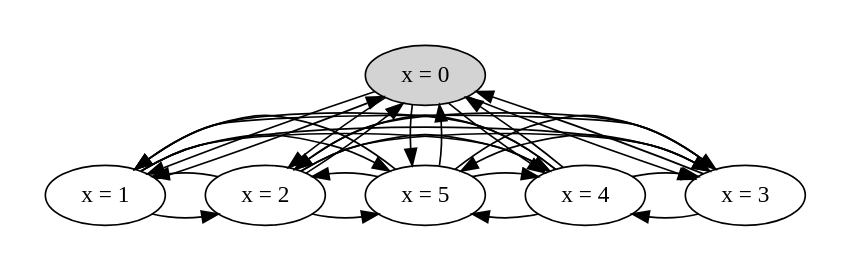
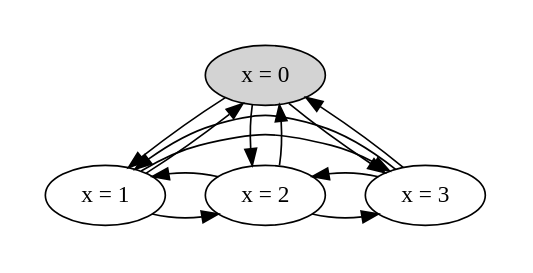
Before and after one commit to will62794/tla-web: the diagram in specs/with_state_graphs/simple7.tla.dot, drawn with Graphviz. The commit also changed 20 other files, not shown here.

```diff
--- a/specs/with_state_graphs/simple7.tla.dot
+++ b/specs/with_state_graphs/simple7.tla.dot
@@ -1,44 +1,24 @@
 strict digraph DiskGraph {
 nodesep=0.35;
 subgraph cluster_graph {
 color="white";
 8132692779957249086 [label="x = 0",style = filled]
 8132692779957249086 -> -6230161439325923452 [label="",color="black",fontcolor="black"];
 -6230161439325923452 [label="x = 1"];
 8132692779957249086 -> -5039642576729477619 [label="",color="black",fontcolor="black"];
 -5039642576729477619 [label="x = 2"];
 8132692779957249086 -> 7158667421841284535 [label="",color="black",fontcolor="black"];
 7158667421841284535 [label="x = 3"];
-8132692779957249086 -> -7132380105738314465 [label="",color="black",fontcolor="black"];
--7132380105738314465 [label="x = 4"];
-8132692779957249086 -> 4923445692854152869 [label="",color="black",fontcolor="black"];
-4923445692854152869 [label="x = 5"];
 -6230161439325923452 -> 8132692779957249086 [label="",color="black",fontcolor="black"];
 -6230161439325923452 -> -5039642576729477619 [label="",color="black",fontcolor="black"];
 -6230161439325923452 -> 7158667421841284535 [label="",color="black",fontcolor="black"];
--6230161439325923452 -> -7132380105738314465 [label="",color="black",fontcolor="black"];
--6230161439325923452 -> 4923445692854152869 [label="",color="black",fontcolor="black"];
 -5039642576729477619 -> 8132692779957249086 [label="",color="black",fontcolor="black"];
 -5039642576729477619 -> -6230161439325923452 [label="",color="black",fontcolor="black"];
 -5039642576729477619 -> 7158667421841284535 [label="",color="black",fontcolor="black"];
--5039642576729477619 -> -7132380105738314465 [label="",color="black",fontcolor="black"];
--5039642576729477619 -> 4923445692854152869 [label="",color="black",fontcolor="black"];
 7158667421841284535 -> 8132692779957249086 [label="",color="black",fontcolor="black"];
 7158667421841284535 -> -6230161439325923452 [label="",color="black",fontcolor="black"];
 7158667421841284535 -> -5039642576729477619 [label="",color="black",fontcolor="black"];
-7158667421841284535 -> -7132380105738314465 [label="",color="black",fontcolor="black"];
-7158667421841284535 -> 4923445692854152869 [label="",color="black",fontcolor="black"];
--7132380105738314465 -> 8132692779957249086 [label="",color="black",fontcolor="black"];
--7132380105738314465 -> -6230161439325923452 [label="",color="black",fontcolor="black"];
--7132380105738314465 -> -5039642576729477619 [label="",color="black",fontcolor="black"];
--7132380105738314465 -> 7158667421841284535 [label="",color="black",fontcolor="black"];
--7132380105738314465 -> 4923445692854152869 [label="",color="black",fontcolor="black"];
-4923445692854152869 -> 8132692779957249086 [label="",color="black",fontcolor="black"];
-4923445692854152869 -> -6230161439325923452 [label="",color="black",fontcolor="black"];
-4923445692854152869 -> -5039642576729477619 [label="",color="black",fontcolor="black"];
-4923445692854152869 -> 7158667421841284535 [label="",color="black",fontcolor="black"];
-4923445692854152869 -> -7132380105738314465 [label="",color="black",fontcolor="black"];
 {rank = same; 8132692779957249086;}
-{rank = same; -6230161439325923452;-7132380105738314465;7158667421841284535;4923445692854152869;-5039642576729477619;}
+{rank = same; -6230161439325923452;7158667421841284535;-5039642576729477619;}
 }
 }
```
